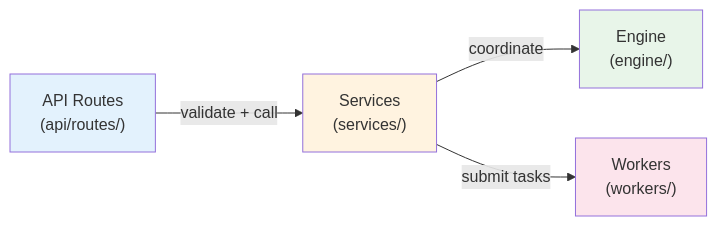
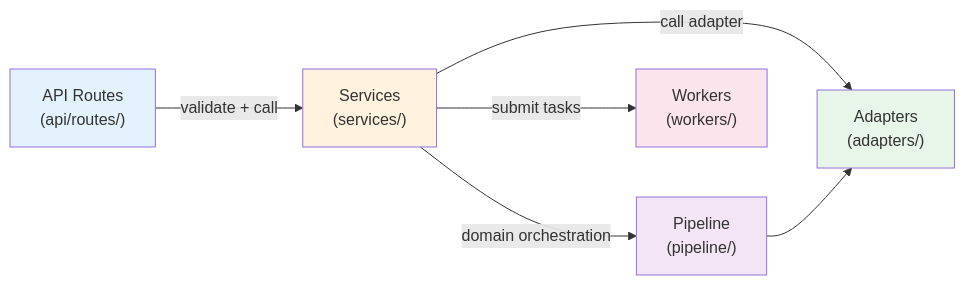
The second of 5 diagrams in docs/ARCHITECTURE.md (sw-willie-wu/MediaTranX), drawn with Mermaid before and after one commit. The commit also changed other lines of this file and 1 other file, not shown here.

First line of the commit message:
docs: align spec with engine→adapters restructure

````diff
--- a/docs/ARCHITECTURE.md
+++ b/docs/ARCHITECTURE.md
@@ -52,11 +55,14 @@
 ```mermaid
 graph LR
     R["API Routes<br/>(api/routes/)"] -->|"validate + call"| S["Services<br/>(services/)"]
-    S -->|"coordinate"| E["Engine<br/>(engine/)"]
+    S -->|"domain orchestration"| P["Pipeline<br/>(pipeline/)"]
+    S -->|"call adapter"| A["Adapters<br/>(adapters/)"]
+    P --> A
     S -->|"submit tasks"| W["Workers<br/>(workers/)"]
 
     style R fill:#e3f2fd
     style S fill:#fff3e0
-    style E fill:#e8f5e9
+    style P fill:#f3e5f5
+    style A fill:#e8f5e9
     style W fill:#fce4ec
 ```
````
